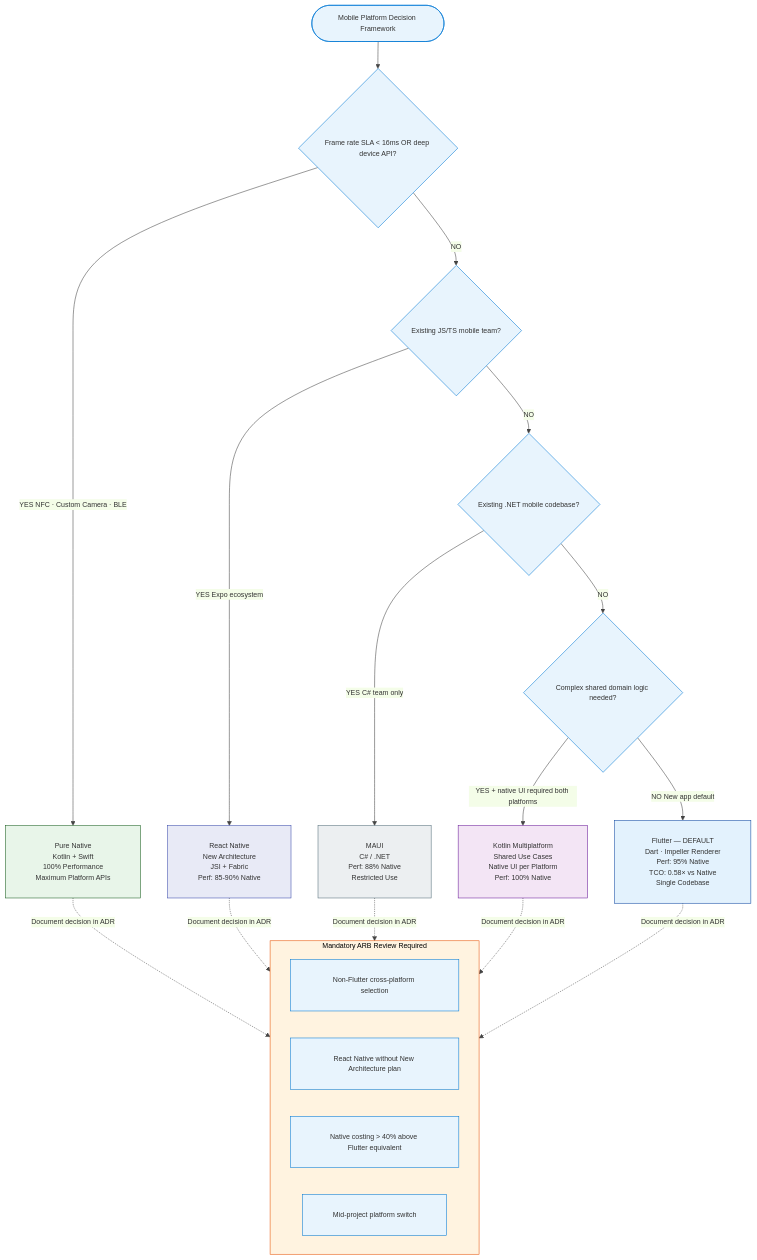
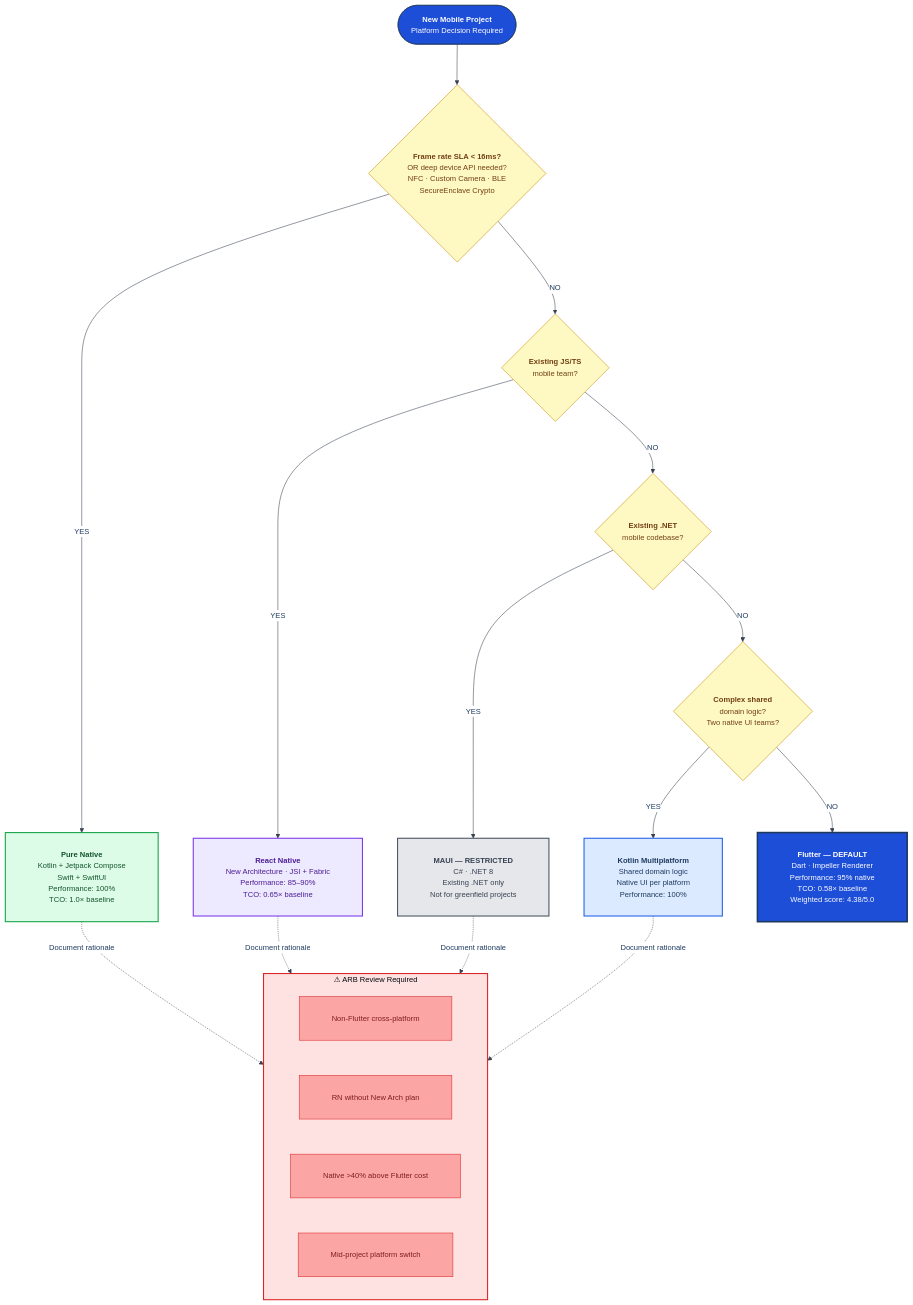
One commit to jeril-ascendion/knowledge-library changed the diagram in content/adrs/mobile-platform-selection/diagram.mmd. Above: the diagram before and after it, drawn with Mermaid. The commit also changed 13 other files, not shown here.

```diff
--- a/content/adrs/mobile-platform-selection/diagram.mmd
+++ b/content/adrs/mobile-platform-selection/diagram.mmd
@@ -1,28 +1,44 @@
-%%{init:{'theme':'base','themeVariables':{'primaryColor':'#E8F4FD','primaryBorderColor':'#0078D4','lineColor':'#444444','fontFamily':'IBM Plex Sans','fontSize':'13px','clusterBkg':'#F8F9FA','clusterBorder':'#CED4DA'},'flowchart':{'curve':'orthogonal','padding':28}}}%%
+%%{init:{'theme':'base','themeVariables':{'fontSize':'14px','fontFamily':'IBM Plex Sans, system-ui','primaryColor':'#DBEAFE','primaryTextColor':'#1e3a5f','primaryBorderColor':'#2563EB','lineColor':'#374151','clusterBkg':'#F9FAFB','clusterBorder':'#D1D5DB','edgeLabelBackground':'#FFFFFF'},'flowchart':{'curve':'orthogonal','padding':30,'nodeSpacing':65,'rankSpacing':75,'useMaxWidth':true}}}%%
 flowchart TD
-    START(["Mobile Platform Decision Framework"]) --> Q1
-    Q1{"Frame rate SLA < 16ms OR deep device API?"}
-    Q1 -->|"YES NFC · Custom Camera · BLE"| NATIVE["Pure Native<br/>Kotlin + Swift<br/>100% Performance<br/>Maximum Platform APIs"]
-    Q1 -->|"NO"| Q2
-    Q2{"Existing JS/TS mobile team?"}
-    Q2 -->|"YES Expo ecosystem"| RN["React Native<br/>New Architecture<br/>JSI + Fabric<br/>Perf: 85-90% Native"]
-    Q2 -->|"NO"| Q3
-    Q3{"Existing .NET mobile codebase?"}
-    Q3 -->|"YES C# team only"| MAUI["MAUI<br/>C# / .NET<br/>Perf: 88% Native<br/>Restricted Use"]
-    Q3 -->|"NO"| Q4
-    Q4{"Complex shared domain logic needed?"}
-    Q4 -->|"YES + native UI required both platforms"| KMP["Kotlin Multiplatform<br/>Shared Use Cases<br/>Native UI per Platform<br/>Perf: 100% Native"]
-    Q4 -->|"NO New app default"| FLUTTER["Flutter — DEFAULT<br/>Dart · Impeller Renderer<br/>Perf: 95% Native<br/>TCO: 0.58× vs Native<br/>Single Codebase"]
-    subgraph ARB["Mandatory ARB Review Required"]
-        A1["Non-Flutter cross-platform selection"]
-        A2["React Native without New Architecture plan"]
-        A3["Native costing > 40% above Flutter equivalent"]
+    START(["<b>New Mobile Project</b><br/>Platform Decision Required"])
+    Q1{"<b>Frame rate SLA &lt; 16ms?</b><br/>OR deep device API needed?<br/>NFC · Custom Camera · BLE<br/>SecureEnclave Crypto"}
+    Q2{"<b>Existing JS/TS</b><br/>mobile team?"}
+    Q3{"<b>Existing .NET</b><br/>mobile codebase?"}
+    Q4{"<b>Complex shared</b><br/>domain logic?<br/>Two native UI teams?"}
+    NATIVE["<b>Pure Native</b><br/>Kotlin + Jetpack Compose<br/>Swift + SwiftUI<br/>Performance: 100%<br/>TCO: 1.0× baseline"]
+    FLUTTER["<b>Flutter — DEFAULT</b><br/>Dart · Impeller Renderer<br/>Performance: 95% native<br/>TCO: 0.58× baseline<br/>Weighted score: 4.38/5.0"]
+    RN["<b>React Native</b><br/>New Architecture · JSI + Fabric<br/>Performance: 85–90%<br/>TCO: 0.65× baseline"]
+    MAUI["<b>MAUI — RESTRICTED</b><br/>C# · .NET 8<br/>Existing .NET only<br/>Not for greenfield projects"]
+    KMP["<b>Kotlin Multiplatform</b><br/>Shared domain logic<br/>Native UI per platform<br/>Performance: 100%"]
+    subgraph ARB["⚠  ARB Review Required"]
+        direction LR
+        A1["Non-Flutter cross-platform"]
+        A2["RN without New Arch plan"]
+        A3["Native &gt;40% above Flutter cost"]
         A4["Mid-project platform switch"]
     end
-    NATIVE & RN & MAUI & KMP & FLUTTER -.->|"Document decision in ADR"| ARB
-    style NATIVE fill:#E8F5E9,stroke:#1B5E20
-    style FLUTTER fill:#E3F2FD,stroke:#0D47A1
-    style RN fill:#E8EAF6,stroke:#3949AB
-    style MAUI fill:#ECEFF1,stroke:#546E7A
-    style KMP fill:#F3E5F5,stroke:#6A1B9A
-    style ARB fill:#FFF3E0,stroke:#E65100
+    START --> Q1
+    Q1 -->|"YES"| NATIVE
+    Q1 -->|"NO"| Q2
+    Q2 -->|"YES"| RN
+    Q2 -->|"NO"| Q3
+    Q3 -->|"YES"| MAUI
+    Q3 -->|"NO"| Q4
+    Q4 -->|"YES"| KMP
+    Q4 -->|"NO"| FLUTTER
+    NATIVE & RN & MAUI & KMP -.->|"Document rationale"| ARB
+    style START fill:#1D4ED8,stroke:#1e3a5f,color:#ffffff
+    style Q1 fill:#FEF9C3,stroke:#CA8A04,color:#713f12
+    style Q2 fill:#FEF9C3,stroke:#CA8A04,color:#713f12
+    style Q3 fill:#FEF9C3,stroke:#CA8A04,color:#713f12
+    style Q4 fill:#FEF9C3,stroke:#CA8A04,color:#713f12
+    style NATIVE fill:#DCFCE7,stroke:#16A34A,stroke-width:2px,color:#14532D
+    style FLUTTER fill:#1D4ED8,stroke:#1e3a5f,stroke-width:3px,color:#ffffff
+    style RN fill:#EDE9FE,stroke:#7C3AED,stroke-width:2px,color:#4C1D95
+    style MAUI fill:#E5E7EB,stroke:#4B5563,stroke-width:2px,color:#374151
+    style KMP fill:#DBEAFE,stroke:#2563EB,stroke-width:2px,color:#1e3a5f
+    style ARB fill:#FEE2E2,stroke:#DC2626,stroke-width:2px
+    style A1 fill:#FCA5A5,stroke:#DC2626,color:#7f1d1d
+    style A2 fill:#FCA5A5,stroke:#DC2626,color:#7f1d1d
+    style A3 fill:#FCA5A5,stroke:#DC2626,color:#7f1d1d
+    style A4 fill:#FCA5A5,stroke:#DC2626,color:#7f1d1d
```
